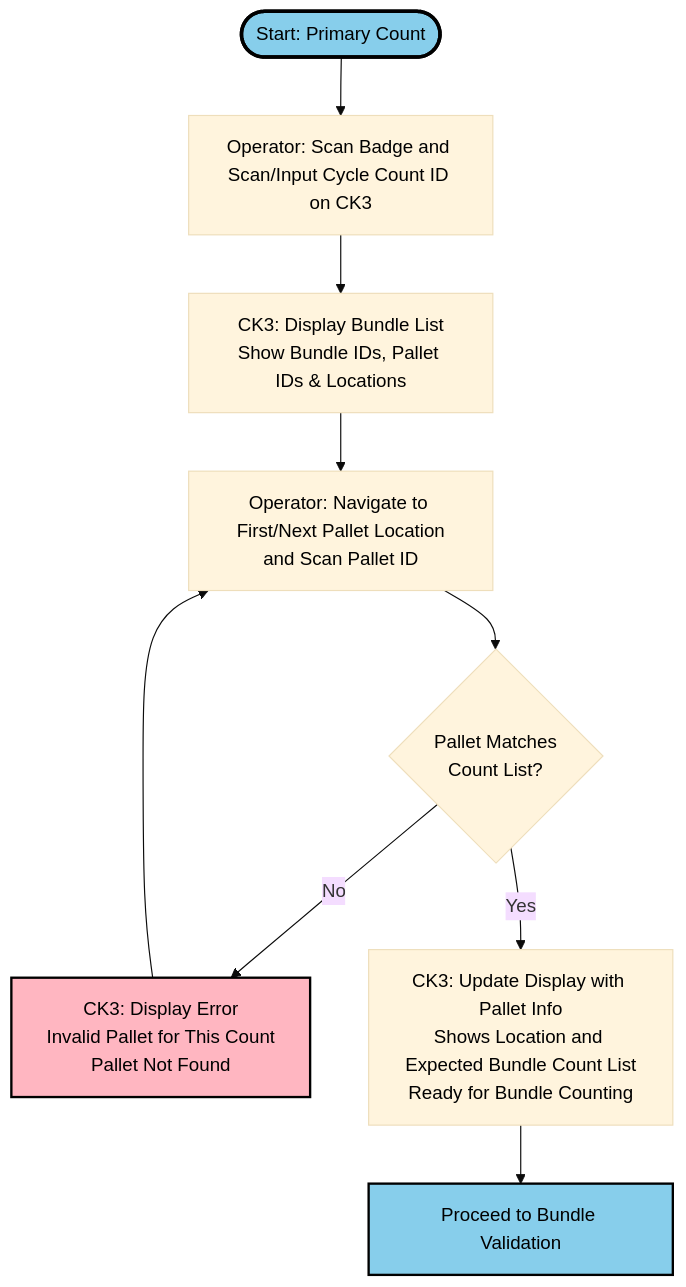
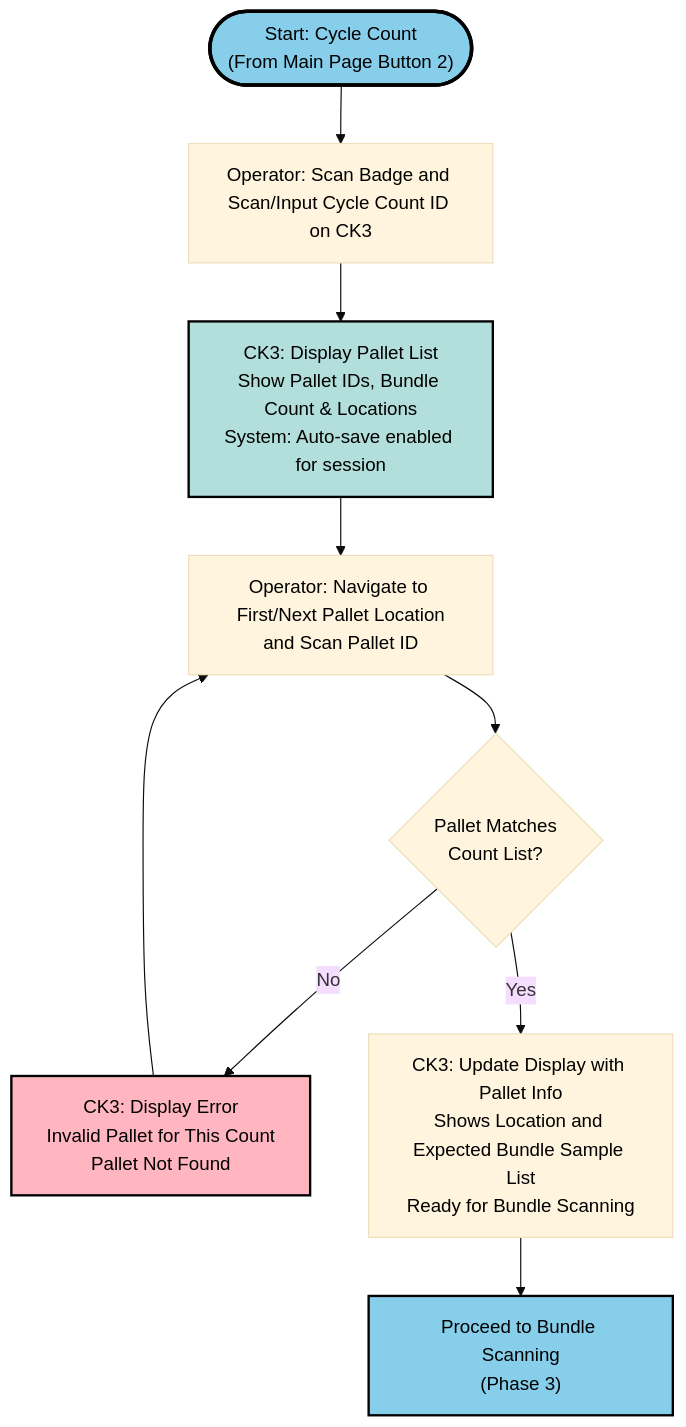
The third of 8 diagrams in workflow.md (kohjs/RMC-Cycle-Count), drawn with Mermaid (base theme) before and after one commit. The commit also changed other lines of this file, not shown here.

````diff
--- a/workflow.md
+++ b/workflow.md
@@ -62,20 +96,20 @@
 ```mermaid
 flowchart TD
-    Start(["Start: Primary Count"]) --> n1["Operator: Scan Badge and Scan/Input Cycle Count ID on CK3"]
-    n1 --> H["CK3: Display Bundle List<br>Show Bundle IDs, Pallet IDs & Locations"]
+    Start(["Start: Cycle Count<br>(From Main Page Button 2)"]) --> n1["Operator: Scan Badge and Scan/Input Cycle Count ID on CK3"]
+    n1 --> H["CK3: Display Pallet List<br>Show Pallet IDs, Bundle Count & Locations<br>System: Auto-save enabled for session"]
     H --> I["Operator: Navigate to First/Next Pallet Location<br>and Scan Pallet ID"]
     I --> K{"Pallet Matches<br>Count List?"}
     K -- No --> L["CK3: Display Error<br>Invalid Pallet for This Count<br>Pallet Not Found"]
     L --> I
-    K -- Yes --> M["CK3: Update Display with Pallet Info<br>Shows Location and Expected Bundle Count List<br>Ready for Bundle Counting"]
-    M --> Next["Proceed to Bundle Validation"]
+    K -- Yes --> M["CK3: Update Display with Pallet Info<br>Shows Location and Expected Bundle Sample List<br>Ready for Bundle Scanning"]
+    M --> Next["Proceed to Bundle Scanning<br>(Phase 3)"]
 
     style Start fill:#87CEEB,stroke:#000,stroke-width:3px,color:#000
     style n1 color:#000
-    style H color:#000
+    style H fill:#B2DFDB,stroke:#000,stroke-width:2px,color:#000
     style I color:#000
     style K color:#000
     style L fill:#FFB6C1,stroke:#000,stroke-width:2px,color:#000
     style M color:#000
     style Next fill:#87CEEB,stroke:#000,stroke-width:2px,color:#000
 ```
````
